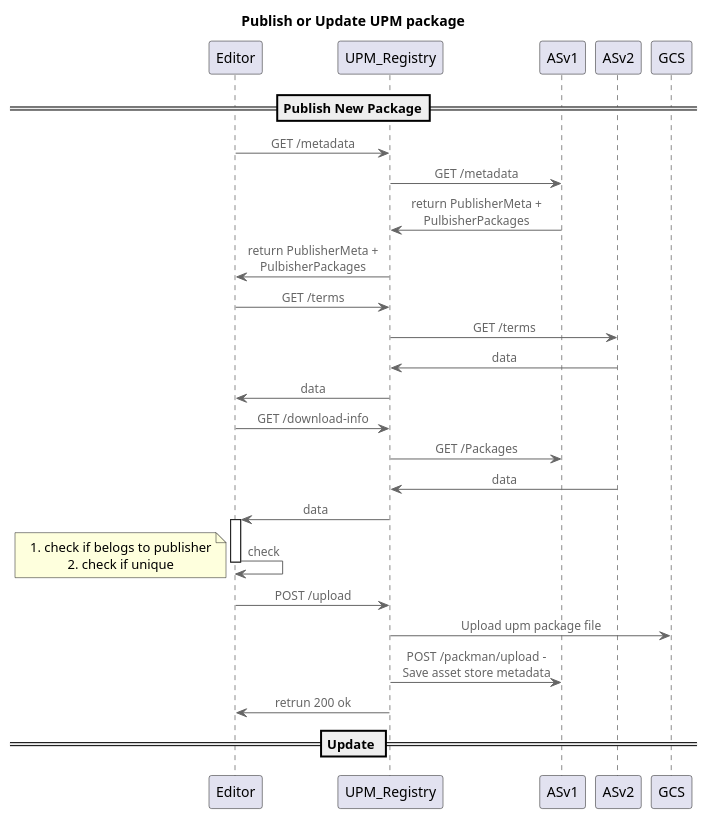
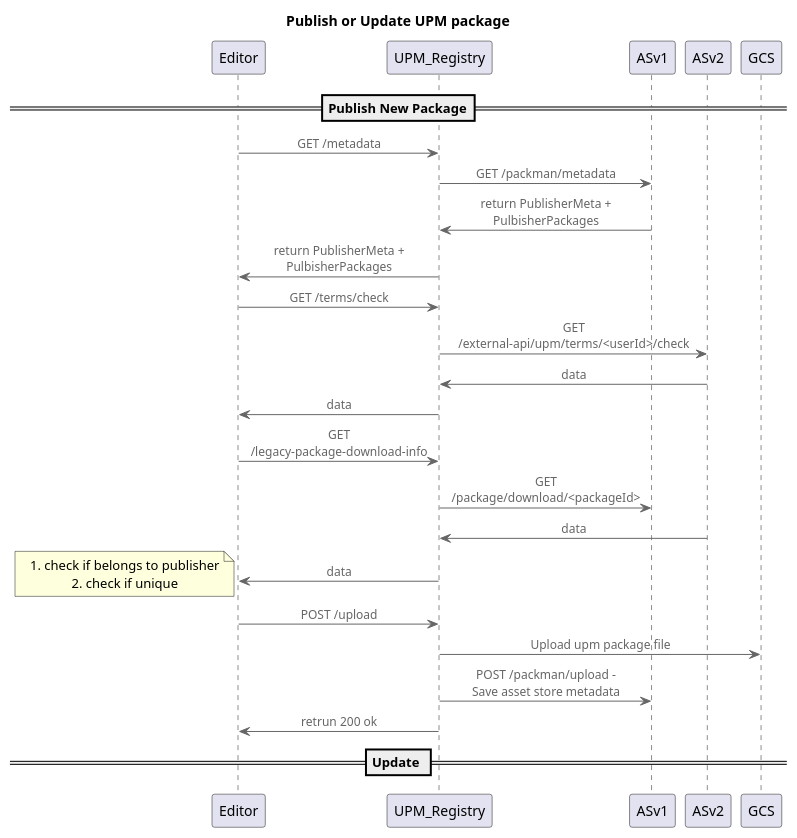
The diagram in publish_update_upm_package/publish_new_upm_package.puml (etherElric/upm-assetstore-offsite-docs), drawn with PlantUML before and after one commit.

Commit message:
updated some route names to match what's actually called in upm registry

```diff
--- a/publish_update_upm_package/publish_new_upm_package.puml
+++ b/publish_update_upm_package/publish_new_upm_package.puml
@@ -1,43 +1,39 @@
 @startuml "refund-requests-api-flow"
 !include https://raw.githubusercontent.com/plantuml-stdlib/C4-PlantUML/master/C4_Component.puml
 
 title Publish or Update UPM package
 
 == Publish New Package==
 
 
 Editor -> UPM_Registry : GET /metadata
-UPM_Registry -> ASv1 : GET /metadata
+UPM_Registry -> ASv1 : GET /packman/metadata
 ASv1 -> UPM_Registry : return PublisherMeta + PulbisherPackages
 UPM_Registry -> Editor: return PublisherMeta + PulbisherPackages
 
-Editor -> UPM_Registry : GET /terms
-UPM_Registry -> ASv2 : GET /terms
+Editor -> UPM_Registry : GET /terms/check
+UPM_Registry -> ASv2 : GET /external-api/upm/terms/<userId>/check
 ASv2 ->  UPM_Registry: data
 UPM_Registry -> Editor : data
 
-Editor -> UPM_Registry : GET /download-info
-UPM_Registry -> ASv1 : GET /Packages
+Editor -> UPM_Registry : GET /legacy-package-download-info
+UPM_Registry -> ASv1 : GET /package/download/<packageId>
 ASv2 ->  UPM_Registry: data
 UPM_Registry -> Editor : data
 
-activate Editor
-    Editor -> Editor: check
 note left 
-    1. check if belogs to publisher 
+    1. check if belongs to publisher 
     2. check if unique 
 end note
-deactivate Editor
-
 
 Editor -> UPM_Registry : POST /upload
 UPM_Registry -> GCS : Upload upm package file
 UPM_Registry -> ASv1 : POST /packman/upload - Save asset store metadata
 UPM_Registry -> Editor: retrun 200 ok
 
 == Update ==
 
 
 
 
 @enduml
```
